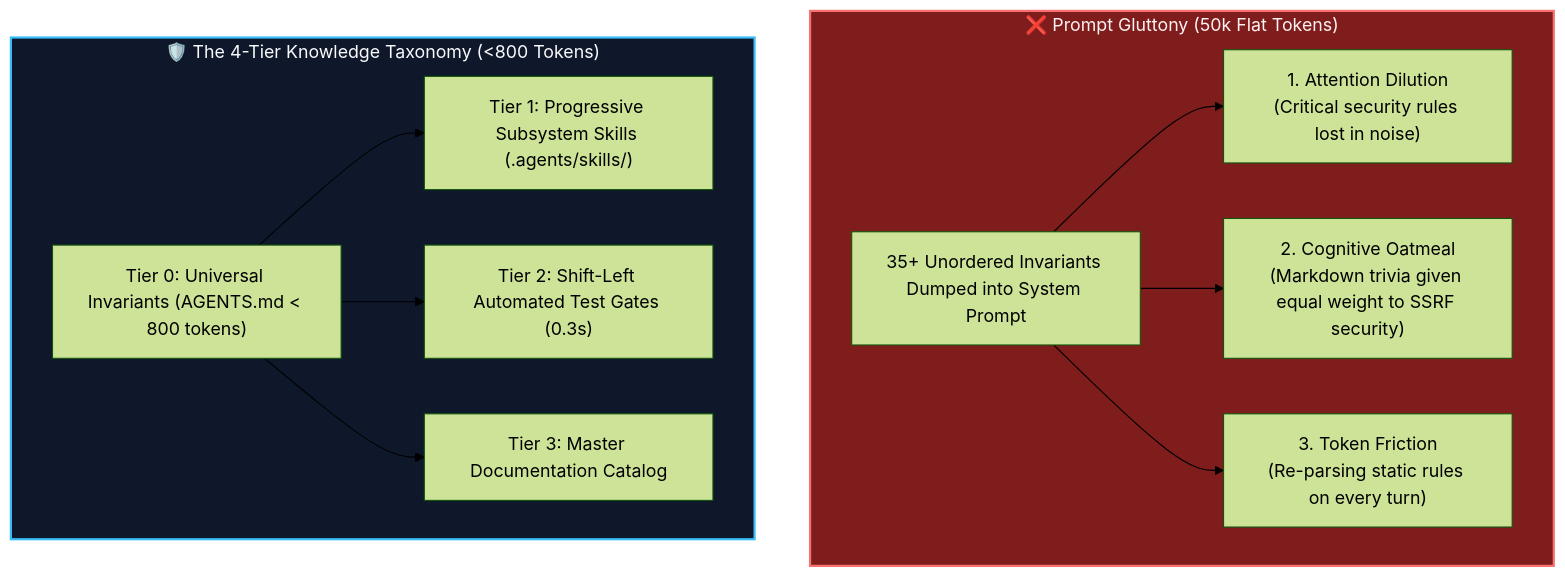
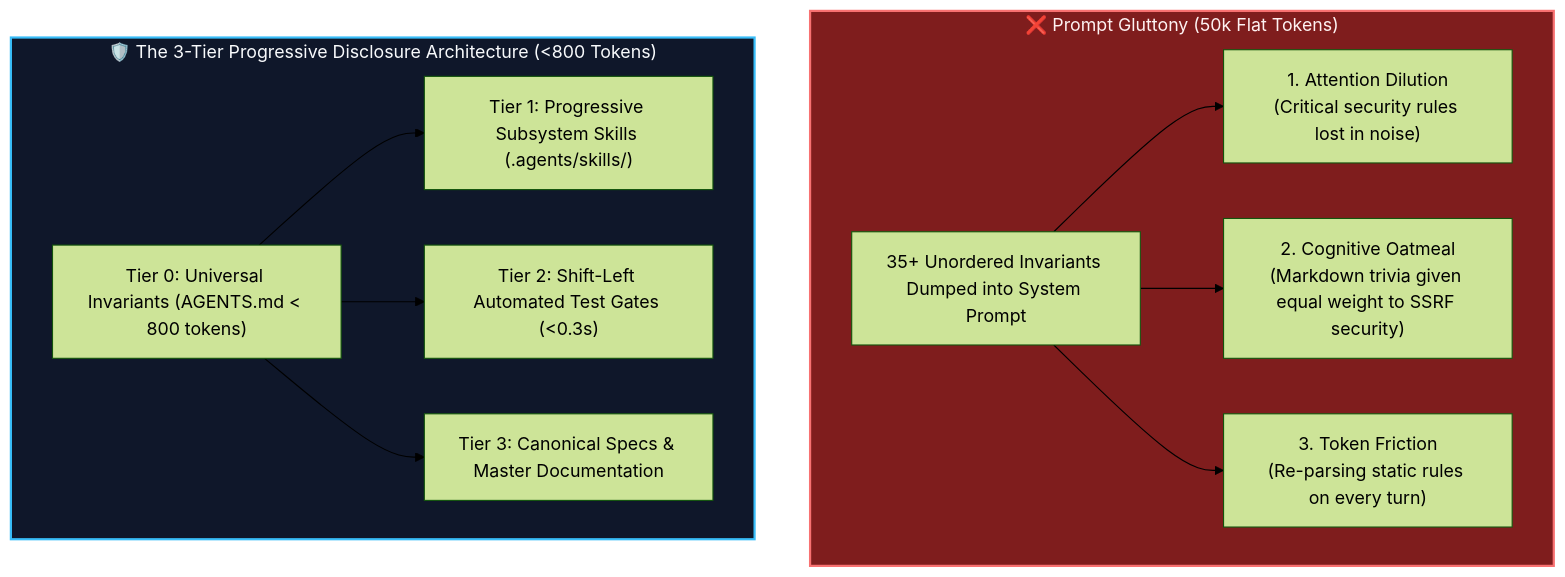
One commit to artibyrd/credence-docs changed the first of 3 diagrams in blog/the-silicon-hangover.md. Above: the diagram before and after it, drawn with Mermaid (forest theme). The commit also changed other lines of this file and 13 other files, not shown here.

````diff
--- a/blog/the-silicon-hangover.md
+++ b/blog/the-silicon-hangover.md
@@ -29,25 +29,25 @@
 ```mermaid
 graph TD
     subgraph PromptGluttony ["❌ Prompt Gluttony (50k Flat Tokens)"]
         Flat["35+ Unordered Invariants Dumped into System Prompt"]
         Dilution["1. Attention Dilution<br/>(Critical security rules lost in noise)"]
         Oatmeal["2. Cognitive Oatmeal<br/>(Markdown trivia given equal weight to SSRF security)"]
         Waste["3. Token Friction<br/>(Re-parsing static rules on every turn)"]
         Flat --> Dilution
         Flat --> Oatmeal
         Flat --> Waste
     end
 
-    subgraph StratifiedDiet ["🛡️ The 4-Tier Knowledge Taxonomy (&lt;800 Tokens)"]
-        T0["Tier 0: Universal Invariants (AGENTS.md &lt; 800 tokens)"]
+    subgraph StratifiedDiet ["🛡️ The 3-Tier Progressive Disclosure Architecture (<800 Tokens)"]
+        T0["Tier 0: Universal Invariants (AGENTS.md < 800 tokens)"]
         T1["Tier 1: Progressive Subsystem Skills (.agents/skills/)"]
-        T2["Tier 2: Shift-Left Automated Test Gates (0.3s)"]
-        T3["Tier 3: Master Documentation Catalog"]
+        T2["Tier 2: Shift-Left Automated Test Gates (<0.3s)"]
+        T3["Tier 3: Canonical Specs & Master Documentation"]
         T0 --> T1
         T0 --> T2
         T0 --> T3
     end
 
     style PromptGluttony fill:#7f1d1d,stroke:#f87171,stroke-width:2px,color:#fef2f2
     style StratifiedDiet fill:#0f172a,stroke:#38bdf8,stroke-width:2px,color:#f8fafc
 ```
````
